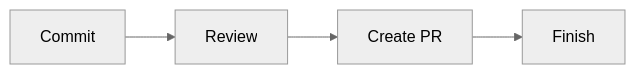
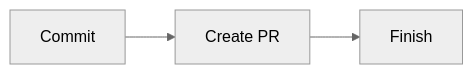
Before and after one commit to adeonir/agent-skills: the diagram in skills/engineering/git-helpers/README.md, drawn with Mermaid (neutral theme). The commit also changed other lines of this file and 3 other files, not shown here.

````diff
--- a/skills/engineering/git-helpers/README.md
+++ b/skills/engineering/git-helpers/README.md
@@ -9,6 +9,5 @@
 ```mermaid
 flowchart LR
-    A[Commit] --> B[Review]
-    B --> C[Create PR]
-    C --> D[Finish]
+    A[Commit] --> B[Create PR]
+    B --> C[Finish]
 ```
````
